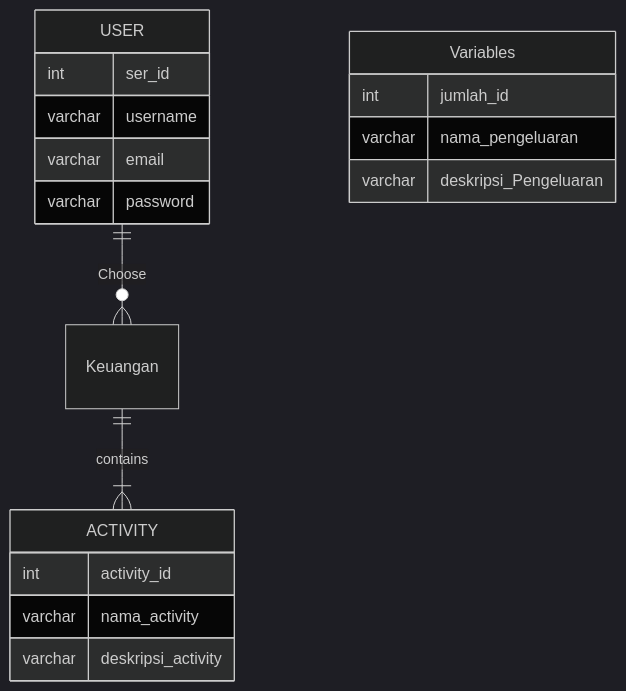
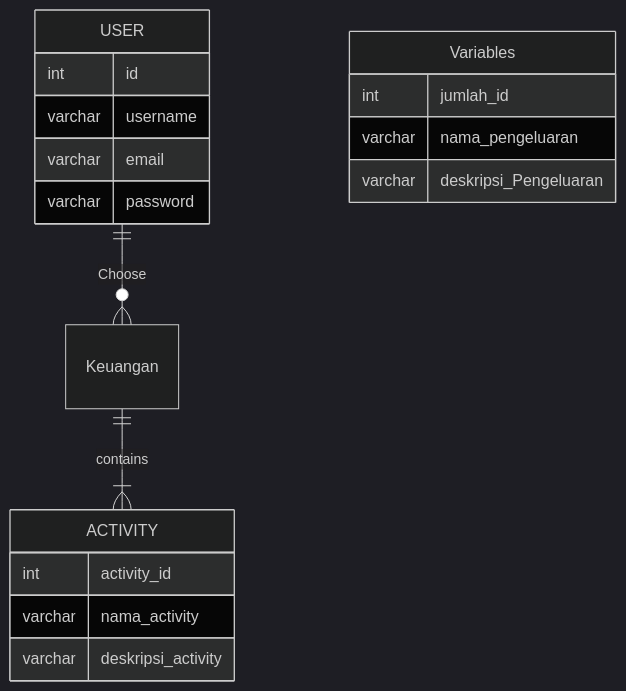
The first of 2 diagrams in Where's App .md (MuhammadFauzanL/Basic-Flutter-App), drawn with Mermaid (dark theme) before and after one commit.

Commit message:
Update Where's App .md

````diff
--- a/Where's App .md
+++ b/Where's App .md
@@ -55,21 +55,21 @@
 ```mermaid
 erDiagram
 USER ||--o{ Keuangan : Choose
 USER {
-int ser_id
+int id
 varchar username
 varchar email
 varchar password
  }
 Keuangan ||--|{ ACTIVITY : contains
 Variables {
 int jumlah_id
  varchar nama_pengeluaran
 varchar deskripsi_Pengeluaran
  }
 ACTIVITY {
  int activity_id
 varchar nama_activity
 varchar deskripsi_activity
         }
 ```
````
